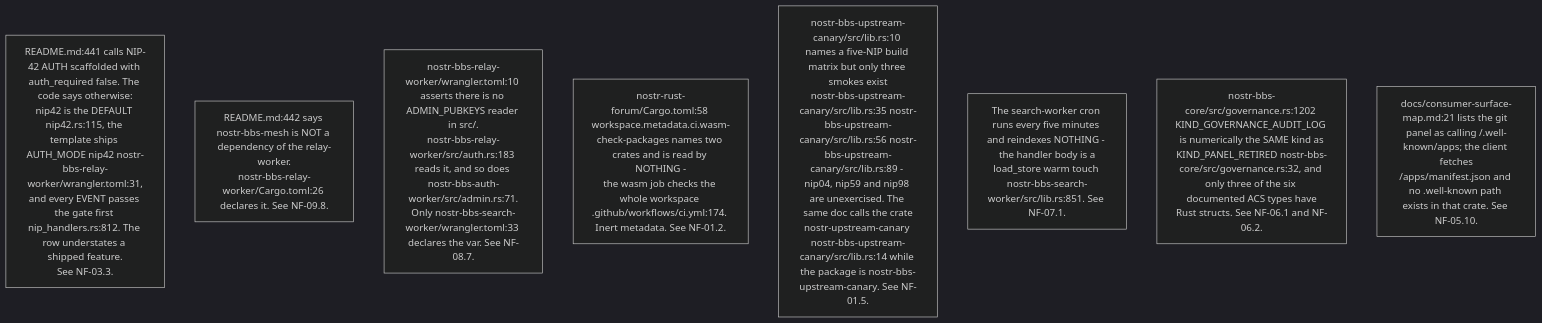
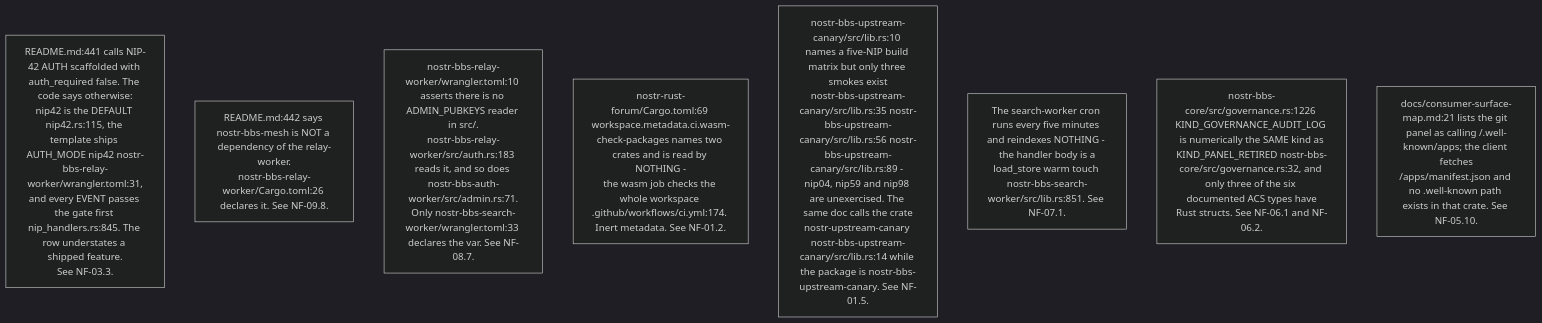
Before and after one commit to DreamLab-AI/VisionFlow: the fifth of 10 diagrams in docs/diagrams/nostr-rust-forum/10-invariants-and-anomaly-register.md, drawn with Mermaid (dark theme). The commit also changed other lines of this file and 111 other files, not shown here.

Commit message:
docs(diagrams): align estate maps with current source

````diff
--- a/docs/diagrams/nostr-rust-forum/10-invariants-and-anomaly-register.md
+++ b/docs/diagrams/nostr-rust-forum/10-invariants-and-anomaly-register.md
@@ -121,11 +123,11 @@
 ```mermaid
 flowchart TB
-    DD1["README.md:441 calls NIP-42 AUTH scaffolded with auth_required false. The code says otherwise:<br/>nip42 is the DEFAULT nip42.rs:115, the template ships AUTH_MODE nip42 nostr-bbs-relay-worker/wrangler.toml:31,<br/>and every EVENT passes the gate first nip_handlers.rs:812. The row understates a shipped feature.<br/>See NF-03.3."]
+    DD1["README.md:441 calls NIP-42 AUTH scaffolded with auth_required false. The code says otherwise:<br/>nip42 is the DEFAULT nip42.rs:115, the template ships AUTH_MODE nip42 nostr-bbs-relay-worker/wrangler.toml:31,<br/>and every EVENT passes the gate first nip_handlers.rs:845. The row understates a shipped feature.<br/>See NF-03.3."]
     DD2["README.md:442 says nostr-bbs-mesh is NOT a dependency of the relay-worker.<br/>nostr-bbs-relay-worker/Cargo.toml:26 declares it. See NF-09.8."]
     DD3["nostr-bbs-relay-worker/wrangler.toml:10 asserts there is no ADMIN_PUBKEYS reader in src/.<br/>nostr-bbs-relay-worker/src/auth.rs:183 reads it, and so does nostr-bbs-auth-worker/src/admin.rs:71.<br/>Only nostr-bbs-search-worker/wrangler.toml:33 declares the var. See NF-08.7."]
-    DD4["nostr-rust-forum/Cargo.toml:58 workspace.metadata.ci.wasm-check-packages names two crates and is read by NOTHING -<br/>the wasm job checks the whole workspace .github/workflows/ci.yml:174. Inert metadata. See NF-01.2."]
+    DD4["nostr-rust-forum/Cargo.toml:69 workspace.metadata.ci.wasm-check-packages names two crates and is read by NOTHING -<br/>the wasm job checks the whole workspace .github/workflows/ci.yml:174. Inert metadata. See NF-01.2."]
     DD5["nostr-bbs-upstream-canary/src/lib.rs:10 names a five-NIP build matrix but only three smokes exist<br/>nostr-bbs-upstream-canary/src/lib.rs:35 nostr-bbs-upstream-canary/src/lib.rs:56 nostr-bbs-upstream-canary/src/lib.rs:89 - nip04, nip59 and nip98 are unexercised. The same doc calls the crate<br/>nostr-upstream-canary nostr-bbs-upstream-canary/src/lib.rs:14 while the package is nostr-bbs-upstream-canary. See NF-01.5."]
     DD6["The search-worker cron runs every five minutes and reindexes NOTHING - the handler body is a<br/>load_store warm touch nostr-bbs-search-worker/src/lib.rs:851. See NF-07.1."]
-    DD7["nostr-bbs-core/src/governance.rs:1202 KIND_GOVERNANCE_AUDIT_LOG is numerically the SAME kind as<br/>KIND_PANEL_RETIRED nostr-bbs-core/src/governance.rs:32, and only three of the six documented ACS types have<br/>Rust structs. See NF-06.1 and NF-06.2."]
+    DD7["nostr-bbs-core/src/governance.rs:1226 KIND_GOVERNANCE_AUDIT_LOG is numerically the SAME kind as<br/>KIND_PANEL_RETIRED nostr-bbs-core/src/governance.rs:32, and only three of the six documented ACS types have<br/>Rust structs. See NF-06.1 and NF-06.2."]
     DD8["docs/consumer-surface-map.md:21 lists the git panel as calling /.well-known/apps; the client fetches<br/>/apps/manifest.json and no .well-known path exists in that crate. See NF-05.10."]
 ```
````
